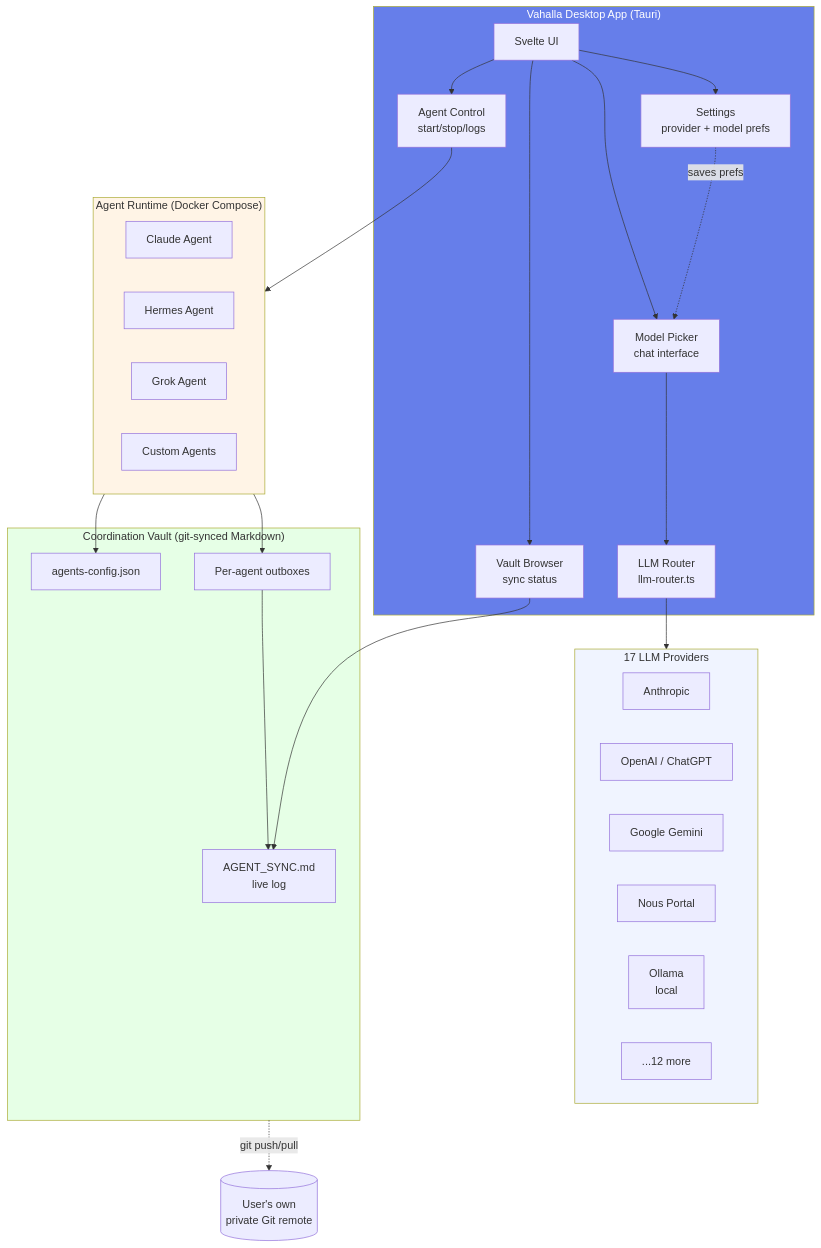
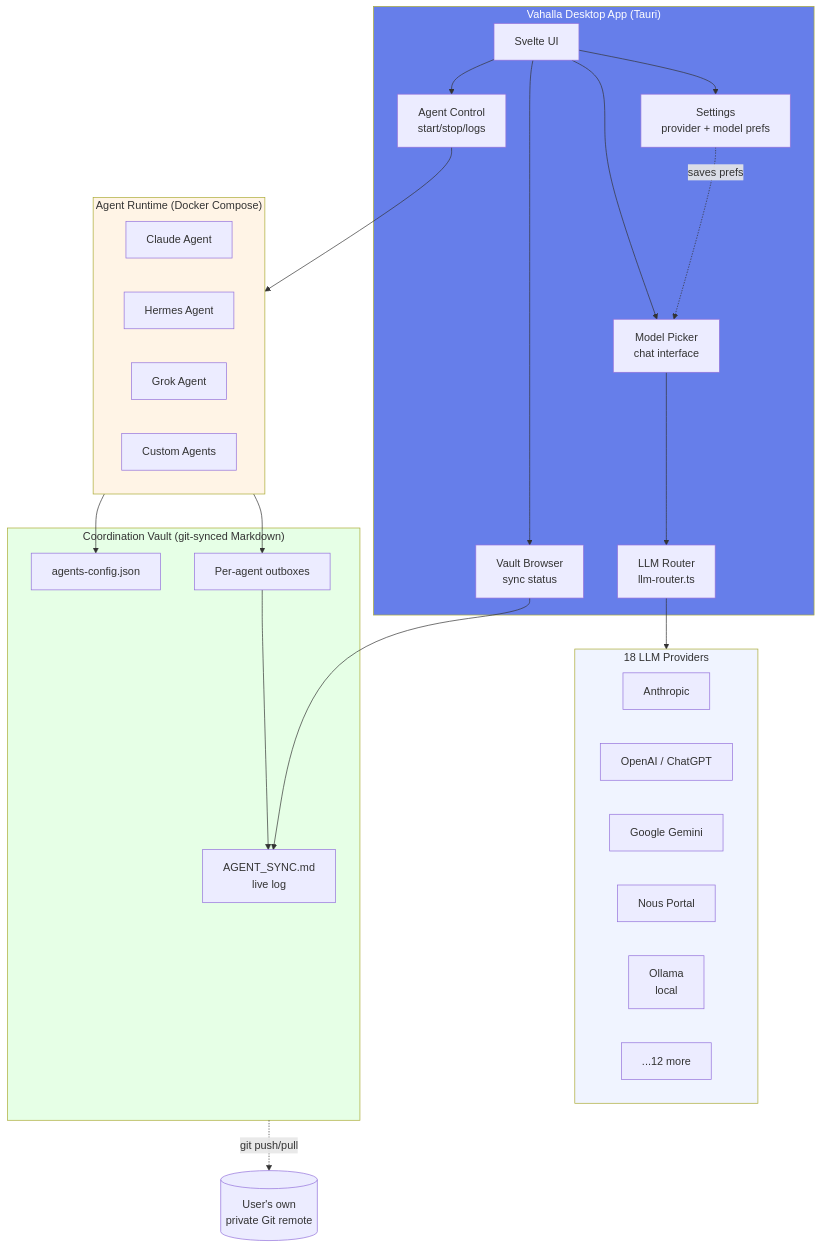
The first of 5 diagrams in ARCHITECTURE.md (jacobcowanr/ValhallaAI), drawn with Mermaid before and after one commit. The commit also changed other lines of this file and 28 other files, not shown here.

````diff
--- a/ARCHITECTURE.md
+++ b/ARCHITECTURE.md
@@ -17,57 +17,57 @@
 ```mermaid
 graph TB
     subgraph Desktop["Vahalla Desktop App (Tauri)"]
         UI[Svelte UI]
         Settings[Settings<br/>provider + model prefs]
         ModelPicker[Model Picker<br/>chat interface]
         VaultBrowser[Vault Browser<br/>sync status]
         AgentControl[Agent Control<br/>start/stop/logs]
         Router[LLM Router<br/>llm-router.ts]
     end
 
-    subgraph Providers["17 LLM Providers"]
+    subgraph Providers["18 LLM Providers"]
         direction LR
         P1[Anthropic]
         P2[OpenAI / ChatGPT]
         P3[Google Gemini]
         P4[Nous Portal]
         P5[Ollama<br/>local]
         P6[...12 more]
     end
 
     subgraph Runtime["Agent Runtime (Docker Compose)"]
         direction LR
         A1[Claude Agent]
         A2[Hermes Agent]
         A3[Grok Agent]
         A4[Custom Agents]
     end
 
     subgraph Vault["Coordination Vault (git-synced Markdown)"]
         Sync[AGENT_SYNC.md<br/>live log]
         Config[agents-config.json]
         Outbox[Per-agent outboxes]
     end
 
     UI --> Settings
     UI --> ModelPicker
     UI --> VaultBrowser
     UI --> AgentControl
 
     ModelPicker --> Router
     Settings -.saves prefs.-> ModelPicker
     Router --> Providers
 
     AgentControl --> Runtime
     Runtime --> Outbox
     Outbox --> Sync
     VaultBrowser --> Sync
     Runtime --> Config
 
     Vault -. git push/pull .-> RemoteGit[(User's own<br/>private Git remote)]
 
     style Desktop fill:#667eea,color:#fff
     style Providers fill:#f0f4ff
     style Runtime fill:#fff4e6
     style Vault fill:#e6ffe6
 ```
````
